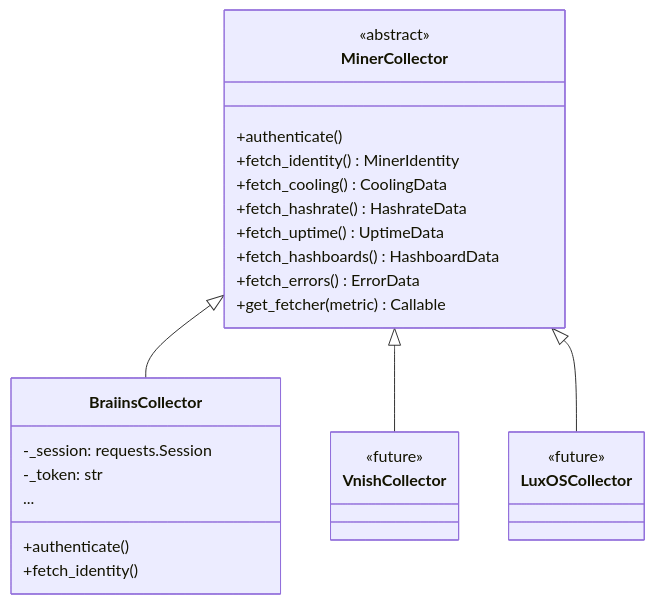
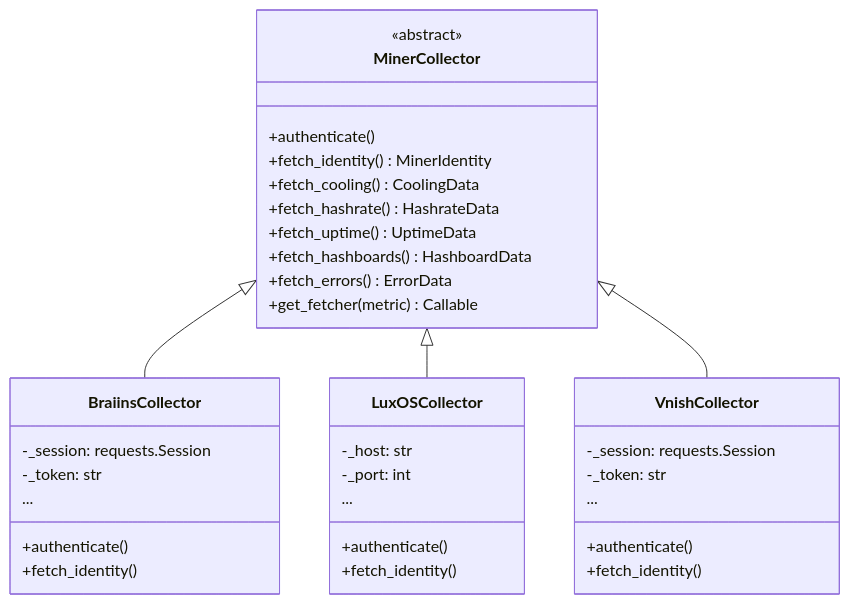
One commit to Wright-1/wright-telemetry changed the second of 4 diagrams in docs/architecture.md. Above: the diagram before and after it, drawn with Mermaid. The commit also changed other lines of this file and 13 other files, not shown here.

````diff
--- a/docs/architecture.md
+++ b/docs/architecture.md
@@ -64,30 +66,38 @@
 ```mermaid
 classDiagram
     class MinerCollector {
         <<abstract>>
         +authenticate()
         +fetch_identity() MinerIdentity
         +fetch_cooling() CoolingData
         +fetch_hashrate() HashrateData
         +fetch_uptime() UptimeData
         +fetch_hashboards() HashboardData
         +fetch_errors() ErrorData
         +get_fetcher(metric) Callable
     }
     class BraiinsCollector {
         -_session: requests.Session
         -_token: str
         +authenticate()
         +fetch_identity()
         ...
     }
+    class LuxOSCollector {
+        -_host: str
+        -_port: int
+        +authenticate()
+        +fetch_identity()
+        ...
+    }
     class VnishCollector {
-        <<future>>
-    }
-    class LuxOSCollector {
-        <<future>>
+        -_session: requests.Session
+        -_token: str
+        +authenticate()
+        +fetch_identity()
+        ...
     }
     MinerCollector <|-- BraiinsCollector
+    MinerCollector <|-- LuxOSCollector
     MinerCollector <|-- VnishCollector
-    MinerCollector <|-- LuxOSCollector
 ```
````
